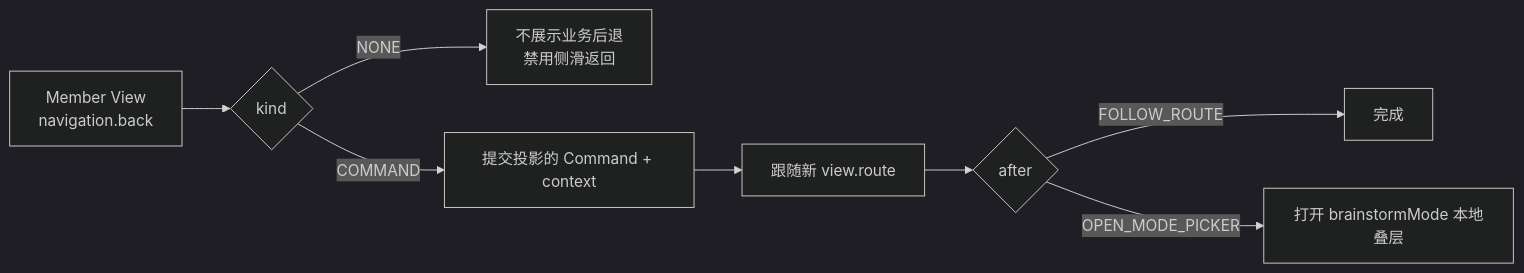
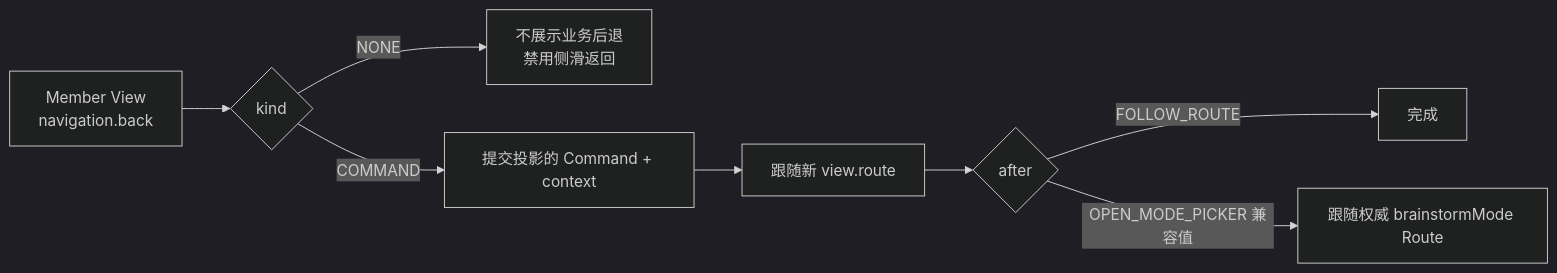
One commit to Bubble-419/cardboard-miniprogram changed the fourth of 19 diagrams in docs/ROOM_BUSINESS_FLOWS.md. Above: the diagram before and after it, drawn with Mermaid (dark theme). The commit also changed other lines of this file and 21 other files, not shown here.

Commit message:
fix: sync mode selection waiting route

````diff
--- a/docs/ROOM_BUSINESS_FLOWS.md
+++ b/docs/ROOM_BUSINESS_FLOWS.md
@@ -151,10 +158,10 @@
 ```mermaid
 flowchart LR
   VIEW[Member View<br/>navigation.back] --> KIND{kind}
   KIND -->|NONE| STAY[不展示业务后退<br/>禁用侧滑返回]
   KIND -->|COMMAND| SEND[提交投影的 Command + context]
   SEND --> ROUTE[跟随新 view.route]
   ROUTE --> AFTER{after}
   AFTER -->|FOLLOW_ROUTE| DONE[完成]
-  AFTER -->|OPEN_MODE_PICKER| PICK[打开 brainstormMode 本地叠层]
+  AFTER -->|OPEN_MODE_PICKER 兼容值| PICK[跟随权威 brainstormMode Route]
 ```
````
